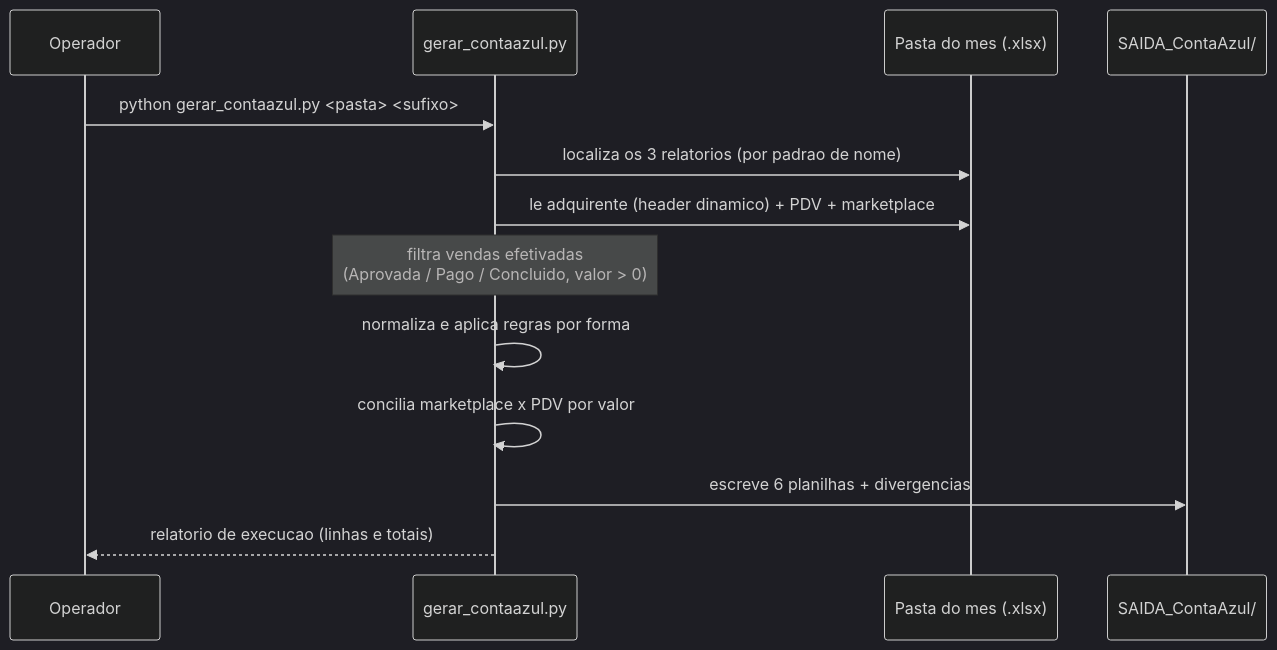
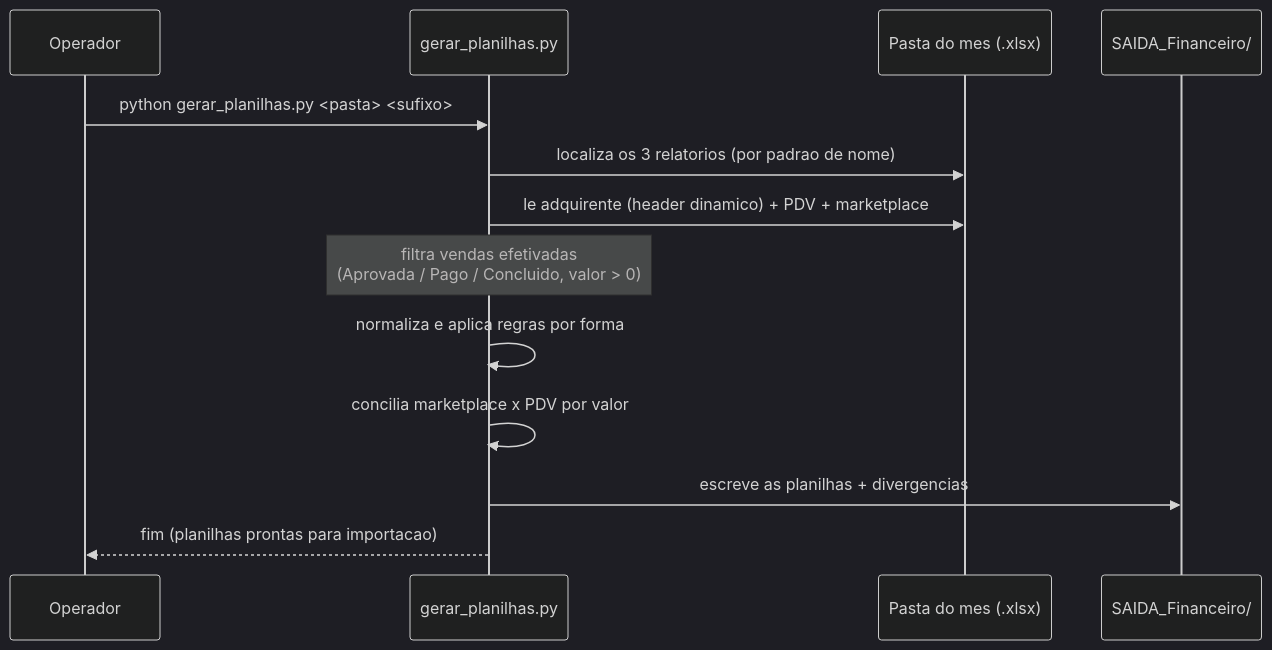
Before and after one commit to pvpatriota/conciliador-vendas-sistema-financeiro: the third of 3 diagrams in docs/ARQUITETURA.md, drawn with Mermaid (dark theme). The commit also changed other lines of this file and 7 other files, not shown here.

````diff
--- a/docs/ARQUITETURA.md
+++ b/docs/ARQUITETURA.md
@@ -74,16 +75,16 @@
 ```mermaid
 sequenceDiagram
     participant U as Operador
-    participant S as gerar_contaazul.py
+    participant S as gerar_planilhas.py
     participant F as Pasta do mes (.xlsx)
-    participant O as SAIDA_ContaAzul/
+    participant O as SAIDA_Financeiro/
 
-    U->>S: python gerar_contaazul.py <pasta> <sufixo>
+    U->>S: python gerar_planilhas.py <pasta> <sufixo>
     S->>F: localiza os 3 relatorios (por padrao de nome)
     S->>F: le adquirente (header dinamico) + PDV + marketplace
     Note over S: filtra vendas efetivadas<br/>(Aprovada / Pago / Concluido, valor > 0)
     S->>S: normaliza e aplica regras por forma
     S->>S: concilia marketplace x PDV por valor
-    S->>O: escreve 6 planilhas + divergencias
-    S-->>U: relatorio de execucao (linhas e totais)
+    S->>O: escreve as planilhas + divergencias
+    S-->>U: fim (planilhas prontas para importacao)
 ```
````
